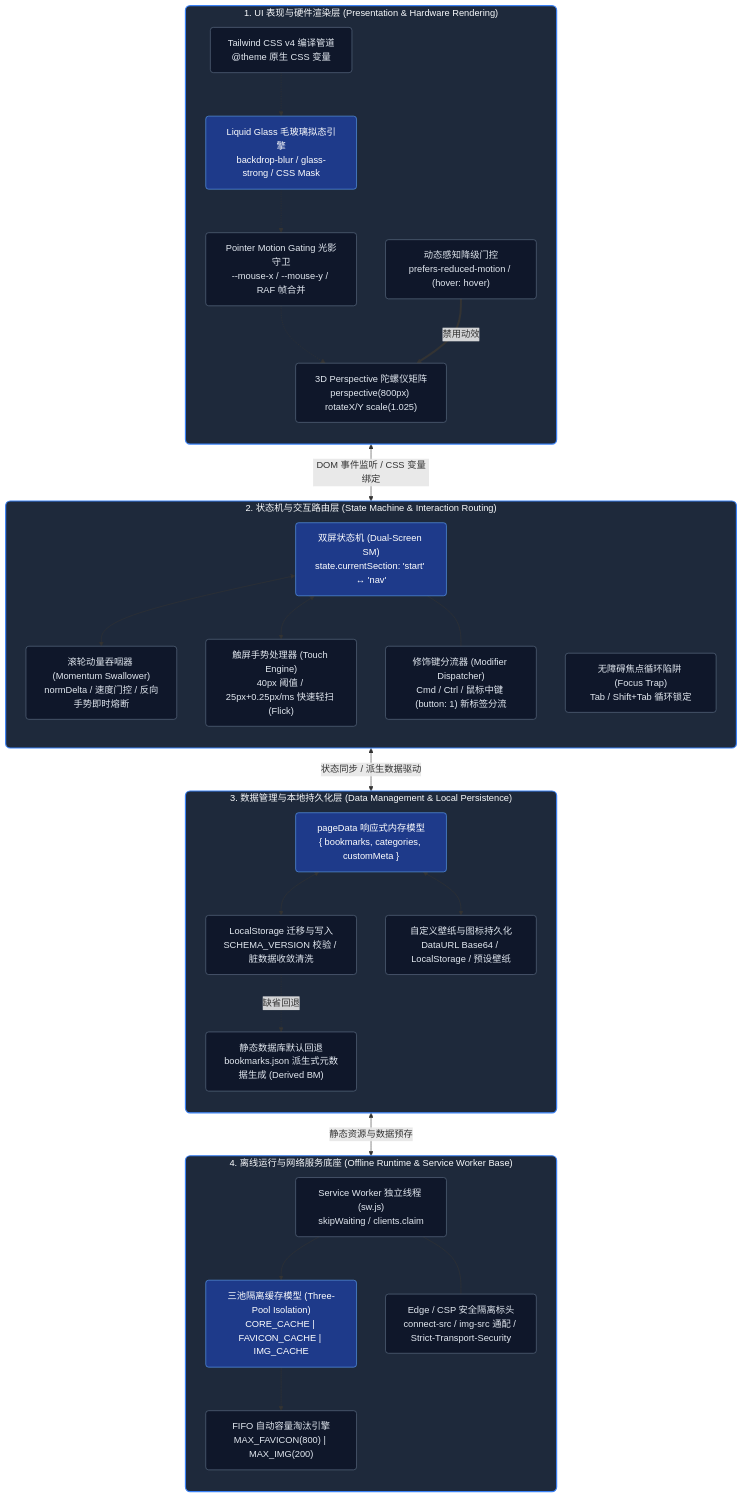
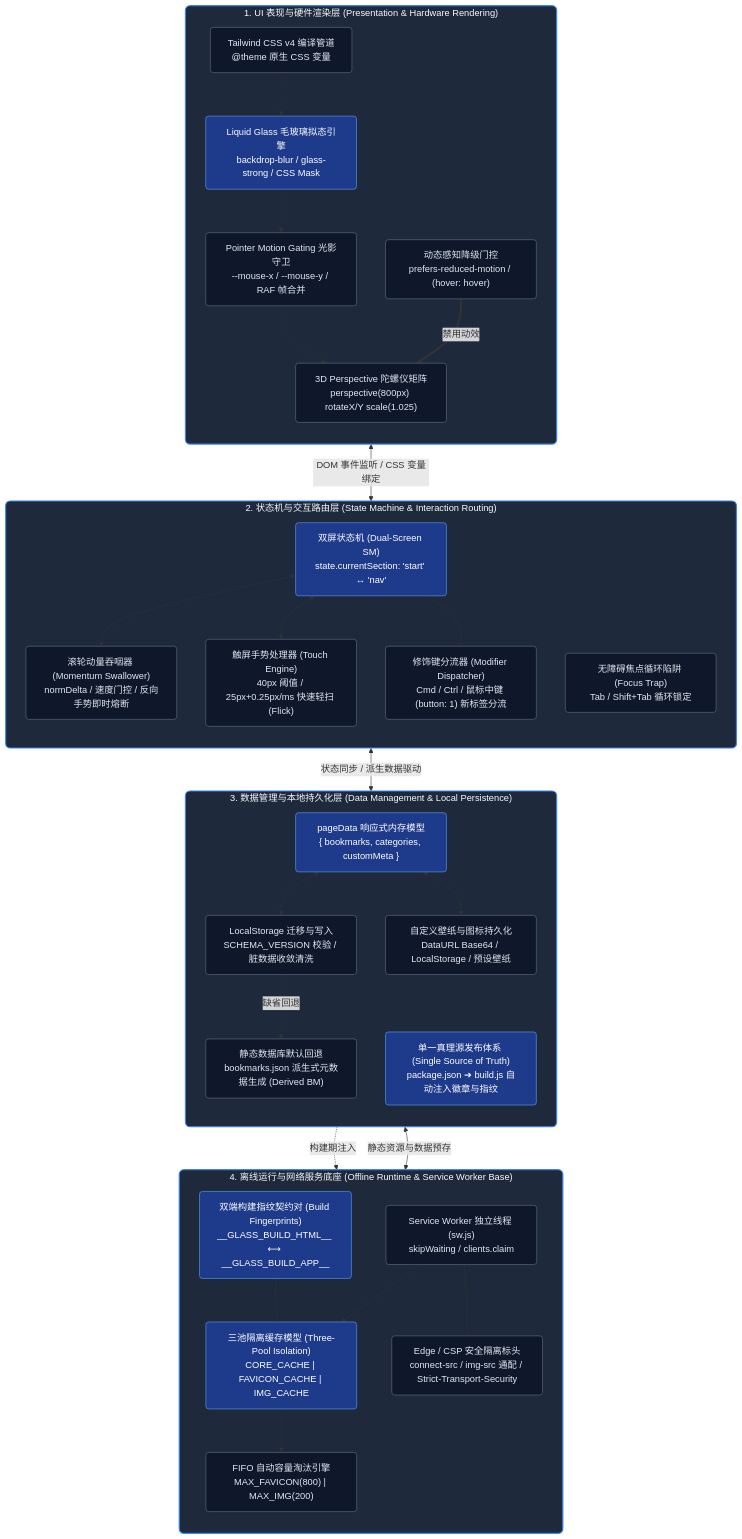
One commit to leosdcn/glass-start changed the first of 5 diagrams in ARCHITECTURE.md. Above: the diagram before and after it, drawn with Mermaid. The commit also changed other lines of this file, not shown here.

Commit message:
docs(arch): enrich system topology, blackbox healing ladder and symbol index in ARCHITECTURE.md

````diff
--- a/ARCHITECTURE.md
+++ b/ARCHITECTURE.md
@@ -23,72 +23,76 @@
 ```mermaid
 flowchart TB
     %% ======================= LAYER 1: UI & HARDWARE RENDERING =======================
     subgraph L1 [" 1. UI 表现与硬件渲染层 (Presentation & Hardware Rendering) "]
         direction TB
         TW4["Tailwind CSS v4 编译管道<br/>@theme 原生 CSS 变量"]
         LG["Liquid Glass 毛玻璃拟态引擎<br/>backdrop-blur / glass-strong / CSS Mask"]
         PMG["Pointer Motion Gating 光影守卫<br/>--mouse-x / --mouse-y / RAF 帧合并"]
         T3D["3D Perspective 陀螺仪矩阵<br/>perspective(800px) rotateX/Y scale(1.025)"]
         A11Y_MOT["动态感知降级门控<br/>prefers-reduced-motion / (hover: hover)"]
     end
 
     %% ======================= LAYER 2: STATE MACHINE & INTERACTION =======================
     subgraph L2 [" 2. 状态机与交互路由层 (State Machine & Interaction Routing) "]
         direction TB
         SM["双屏状态机 (Dual-Screen SM)<br/>state.currentSection: 'start' ↔ 'nav'"]
         WHEEL["滚轮动量吞咽器 (Momentum Swallower)<br/>normDelta / 速度门控 / 反向手势即时熔断"]
         TOUCH["触屏手势处理器 (Touch Engine)<br/>40px 阈值 / 25px+0.25px/ms 快速轻扫 (Flick)"]
         ROUTER["修饰键分流器 (Modifier Dispatcher)<br/>Cmd / Ctrl / 鼠标中键 (button: 1) 新标签分流"]
         FOCUS_TRAP["无障碍焦点循环陷阱 (Focus Trap)<br/>Tab / Shift+Tab 循环锁定"]
     end
 
     %% ======================= LAYER 3: DATA MANAGEMENT & STORAGE =======================
     subgraph L3 [" 3. 数据管理与本地持久化层 (Data Management & Local Persistence) "]
         direction TB
         RUNTIME["pageData 响应式内存模型<br/>{ bookmarks, categories, customMeta }"]
         MIGRATION["LocalStorage 迁移与写入<br/>SCHEMA_VERSION 校验 / 脏数据收敛清洗"]
         ASSET_STORE["自定义壁纸与图标持久化<br/>DataURL Base64 / LocalStorage / 预设壁纸"]
         FALLBACK_JSON["静态数据库默认回退<br/>bookmarks.json 派生式元数据生成 (Derived BM)"]
+        SSOT["单一真理源发布体系 (Single Source of Truth)<br/>package.json ➔ build.js 自动注入徽章与指纹"]
     end
 
     %% ======================= LAYER 4: SERVICE WORKER & SECURITY =======================
     subgraph L4 [" 4. 离线运行与网络服务底座 (Offline Runtime & Service Worker Base) "]
         direction TB
         SW_THREAD["Service Worker 独立线程 (sw.js)<br/>skipWaiting / clients.claim"]
         THREE_CACHE["三池隔离缓存模型 (Three-Pool Isolation)<br/>CORE_CACHE | FAVICON_CACHE | IMG_CACHE"]
         FIFO_PRUNE["FIFO 自动容量淘汰引擎<br/>MAX_FAVICON(800) | MAX_IMG(200)"]
         CSP_SEC["Edge / CSP 安全隔离标头<br/>connect-src / img-src 通配 / Strict-Transport-Security"]
+        BUILD_FP["双端构建指纹契约对 (Build Fingerprints)<br/>__GLASS_BUILD_HTML__ ⟷ __GLASS_BUILD_APP__"]
     end
 
     %% ======================= RELATIONSHIPS =======================
     L1 <-->|"DOM 事件监听 / CSS 变量绑定"| L2
     L2 <-->|"状态同步 / 派生数据驱动"| L3
     L3 <-->|"静态资源与数据预存"| L4
 
     TW4 -.-> LG
     LG -.-> PMG
     PMG -.-> T3D
     A11Y_MOT ==>|禁用动效| T3D
 
     SM <--> WHEEL
     SM <--> TOUCH
     SM --- ROUTER
     L2 --- FOCUS_TRAP
 
     RUNTIME <--> MIGRATION
     RUNTIME <--> ASSET_STORE
     MIGRATION -.->|缺省回退| FALLBACK_JSON
+    SSOT -.->|构建期注入| BUILD_FP
 
     SW_THREAD --> THREE_CACHE
     THREE_CACHE --> FIFO_PRUNE
     SW_THREAD --- CSP_SEC
+    BUILD_FP --- THREE_CACHE
 
     %% ======================= STYLES =======================
     classDef layerBox fill:#1e293b,stroke:#3b82f6,stroke-width:2px,color:#f8fafc,rx:8px
     classDef nodeBox fill:#0f172a,stroke:#64748b,stroke-width:1px,color:#e2e8f0,rx:5px
     classDef activeBox fill:#1e3a8a,stroke:#60a5fa,stroke-width:1px,color:#ffffff,rx:5px
 
     class L1,L2,L3,L4 layerBox
-    class TW4,LG,PMG,T3D,A11Y_MOT,SM,WHEEL,TOUCH,ROUTER,FOCUS_TRAP,RUNTIME,MIGRATION,ASSET_STORE,FALLBACK_JSON,SW_THREAD,THREE_CACHE,FIFO_PRUNE,CSP_SEC nodeBox
-    class SM,THREE_CACHE,RUNTIME,LG activeBox
+    class TW4,LG,PMG,T3D,A11Y_MOT,SM,WHEEL,TOUCH,ROUTER,FOCUS_TRAP,RUNTIME,MIGRATION,ASSET_STORE,FALLBACK_JSON,SSOT,SW_THREAD,THREE_CACHE,FIFO_PRUNE,CSP_SEC,BUILD_FP nodeBox
+    class SM,THREE_CACHE,RUNTIME,LG,SSOT,BUILD_FP activeBox
 ```
````
